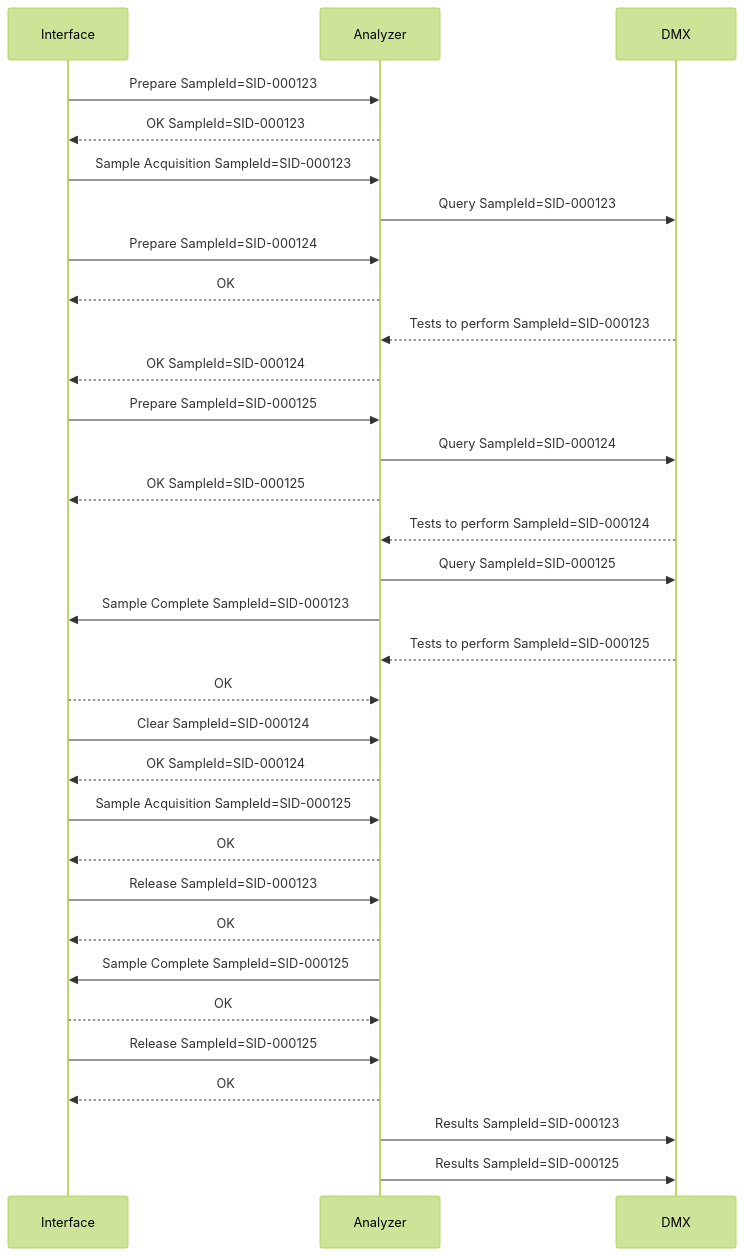
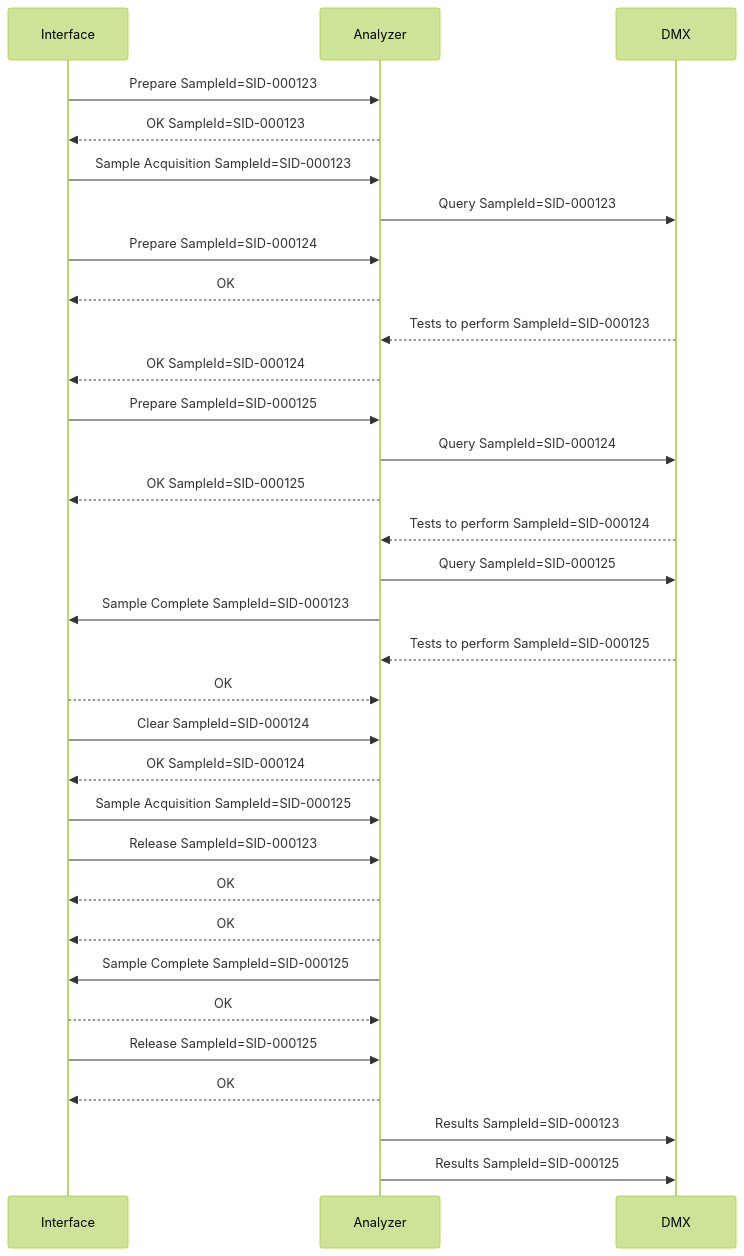
One commit to specialk74/trackviz changed the diagram in scenes/10_spur_clear_missing_carrier.mmd. Above: the diagram before and after it, drawn with Mermaid (forest theme). The commit also changed 25 other files, not shown here.

```diff
--- a/scenes/10_spur_clear_missing_carrier.mmd
+++ b/scenes/10_spur_clear_missing_carrier.mmd
@@ -1,132 +1,132 @@
 %% # Scene 10 — spur, a carrier expected in the spur is missing: Clear
 %% # Same situation as scene 03, on a spur. C2 is believed to be diverted (Prepare is sent)
 %% # but physically goes straight on the Main-Lane; its logical position is a dashed ghost
 %% # ("C2L"). C3 queues on top of it. At the sampling point the interface sends Clear for
 %% # C2 and, after the reply, Sample Acquisition for C3.
 %% # Carrier flow: right to left on the Main-Lane; the spur rises perpendicular to it.
 %% # Coordinates are in a fixed 1920x1080 space (track panel: x 30..950, y 120..885).
 %% # Points left of x=30 or right of x=950 are outside the panel (hidden).
 %% geometry spur
 %% subtitle Spur — a carrier expected in the spur is missing, Clear
 sequenceDiagram
     participant IF as Interface
     participant AN as Analyzer
     participant DMX as DMX
 
     %% carrier C1 SID-000123 route=main_in,nsd,pit_in,spur_in,queue2,queue,sampling,spur_top_in,spur_top_out,spur_out,pit_out,merge,iface_out,main_out,gone
     %% # The real C2: it is not diverted and goes straight on the Main-Lane.
     %% carrier C2 SID-000124 route=spawn,main_in,nsd,merge,iface_out,main_out,gone color=#0EA5E9
     %% # Where the interface believes C2 is: diverted into the spur.
     %% carrier C2L SID-000124 route=nsd,pit_in,spur_in,queue2,queue,sampling color=#0EA5E9 ghost hidden tag=SID-000124_(expected)
     %% carrier C3 SID-000125 route=spawn,main_in,nsd,pit_in,spur_in,queue2,queue,sampling,spur_top_in,spur_top_out,spur_out,pit_out,merge,iface_out,main_out,gone color=#DB2777
 
     %% caption 1 · Three carriers | Three carriers holding sample tubes travel on the Main-Lane towards the spur of the analyzer interface.
     %% at 2.2
     %% move C1 to sampling
     %% on antenna1 C1
     %% caption 2 · Diverted — Prepare — Sample Acquisition | The first carrier is diverted into the spur without stopping (Prepare) and stopped by the gate on the sampling point: Sample Acquisition, then the analyzer aspirates.
     %% on antenna1 C1
     %% highlight nsd duration=2
     %% on antenna1
     IF->>AN: Prepare SampleId=SID-000123
     %% after 0.1
     AN-->>IF: OK SampleId=SID-000123
 
     %% at 4.9
     %% move C2 to gone
     %% on antenna2
     IF->>AN: Sample Acquisition SampleId=SID-000123
     %% after 0.1 OK C1
     AN->>DMX: Query SampleId=SID-000123
     %% # C2 reaches the NSD: logically diverted (ghost appears), physically straight on.
     %% on antenna1 C2
     %% caption 3 · Physically straight, logically diverted | The second carrier should be diverted too, and the interface sends Prepare. But physically it goes straight on the Main-Lane: the dashed outline is where the interface believes it is.
     %% on antenna1 C2
     %% highlight nsd duration=2
     %% on antenna1 C2
     %% show C2L duration=0.4
     %% on antenna1 C2
     %% move C2L to queue
     %% on antenna1
     IF->>AN: Prepare SampleId=SID-000124
     %% after 0.1 Sample Acquisition C1
     %% for C1
     AN-->>IF: OK
     %% after 0.1 Query C1
     DMX-->>AN: Tests to perform SampleId=SID-000123
     %% after 0.1 Prepare C2
     AN-->>IF: OK SampleId=SID-000124
 
     %% at 7.9
     %% move C3 to queue
     %% after 0.1 OK C1
     %% pipette sp duration=5
     %% on antenna1 C3
     %% caption 4 · Third carrier — one position, two carriers | The third carrier is diverted (Prepare) and stops in the queue on the same position as the second one: the second is not physically there, it went straight on along the Main-Lane.
     %% on antenna1 C3
     %% highlight nsd duration=2
     %% on antenna1
     IF->>AN: Prepare SampleId=SID-000125
     %% after 0.1 OK C2
     AN->>DMX: Query SampleId=SID-000124
     %% after 0.1 Prepare C3
     AN-->>IF: OK SampleId=SID-000125
     %% after 0.1 Query C2
     DMX-->>AN: Tests to perform SampleId=SID-000124
     %% after 0.1
     AN->>DMX: Query SampleId=SID-000125
 
     %% after 0.3 pipette sp
     %% caption 5 · Sample Complete | Sampling is finished: Sample Complete. The first carrier is released, and the queue moves up to the sampling point.
     %% after 0.3 pipette sp
     AN->>IF: Sample Complete SampleId=SID-000123
     %% after 0.1 Query C3
     DMX-->>AN: Tests to perform SampleId=SID-000125
     %% after 0.1 Sample Complete C1
     %% for C1
     IF-->>AN: OK
     %% move C1 to gone
     %% after 0 OK C1
     %% move C2L to sampling
     %% after 0 OK C1
     %% move C3 to sampling
     %% after 0.2 antenna2 C3
     %% caption 6 · Clear | The interface expects the second sample at the sampling point, but finds the third one: the second never arrived. It sends Clear for the second sample and waits for the reply.
     %% after 0.2 antenna2 C3
     IF->>AN: Clear SampleId=SID-000124
     %% after 0.1
     AN-->>IF: OK SampleId=SID-000124
     %% hide C2L duration=0.6
     %% after 0.2 OK C2
     %% caption 7 · Sample Acquisition — Release | Only after the reply to Clear the interface sends Sample Acquisition for the third sample. Meanwhile the first carrier leaves the module: Release.
     %% after 0.2 OK C2
     IF->>AN: Sample Acquisition SampleId=SID-000125
-    %% after 0.1
+    %% on antenna3
+    IF->>AN: Release SampleId=SID-000123
+    %% after 0.1 Sample Acquisition C3
     %% for C3
     AN-->>IF: OK
-    %% on antenna3
-    IF->>AN: Release SampleId=SID-000123
-    %% after 0.1 OK C3
-    %% pipette sp duration=4.5
     %% after 0.1 Release C1
     %% for C1
     AN-->>IF: OK
-    %% after 0.2 pipette sp
+    %% after 0.1 OK C3
+    %% pipette sp duration=4.5
+    %% after 0.2
     %% caption 8 · Back to normal | Sample Complete for the third sample: the carrier goes round the spur and, once it has left the module, the interface sends Release.
     %% after 0.2 pipette sp
     AN->>IF: Sample Complete SampleId=SID-000125
     %% after 0.1
     %% for C3
     IF-->>AN: OK
     %% move C3 to gone
     %% on antenna3
     IF->>AN: Release SampleId=SID-000125
     %% after 0.1
     %% for C3
     AN-->>IF: OK
     %% after 0.5
     %% caption 9 · Results | Later, when the analysis is complete, the analyzer sends the results to DMX.
     %% after 0.5 OK C3
     AN->>DMX: Results SampleId=SID-000123
     %% after 0.2
     AN->>DMX: Results SampleId=SID-000125
```
